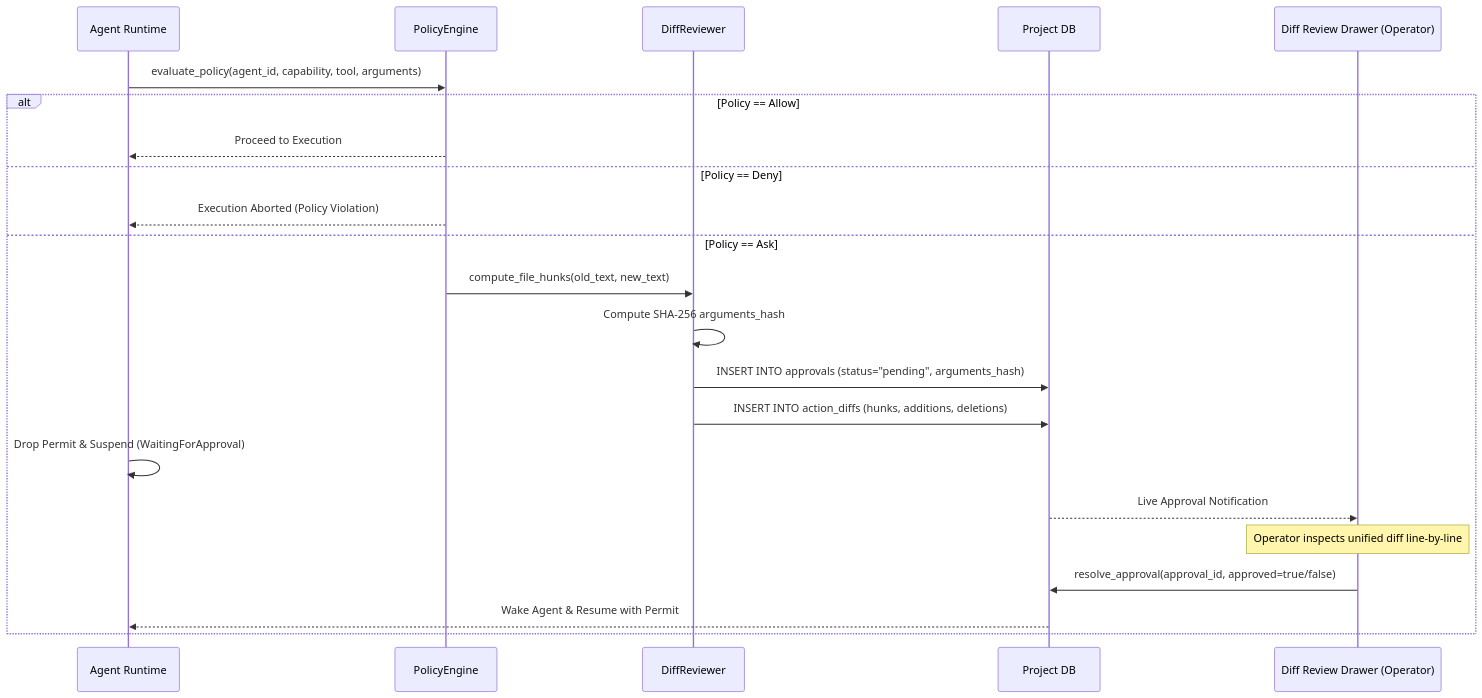
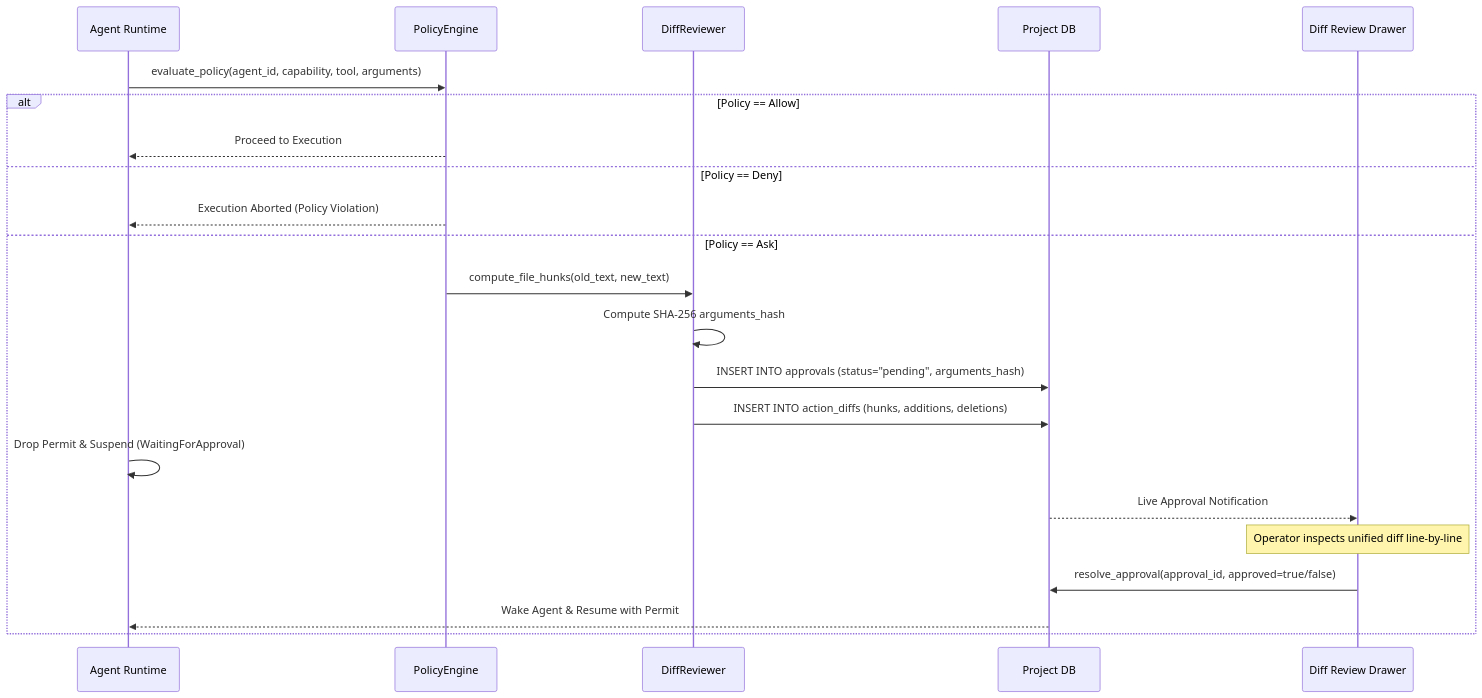
One commit to abhayzangir1/trans4mer changed the eighth of 10 diagrams in docs/ARCHITECTURE.md. Above: the diagram before and after it, drawn with Mermaid. The commit also changed other lines of this file, not shown here.

Commit message:
docs: sanitize Mermaid diagram syntax for GitHub native renderer

````diff
--- a/docs/ARCHITECTURE.md
+++ b/docs/ARCHITECTURE.md
@@ -339,25 +339,25 @@
 ```mermaid
 sequenceDiagram
     participant Agent as Agent Runtime
     participant Policy as PolicyEngine
     participant DiffReview as DiffReviewer
     participant DB as Project DB
-    participant UI as Diff Review Drawer (Operator)
+    participant UI as Diff Review Drawer
 
     Agent->>Policy: evaluate_policy(agent_id, capability, tool, arguments)
     alt Policy == Allow
         Policy-->>Agent: Proceed to Execution
     else Policy == Deny
         Policy-->>Agent: Execution Aborted (Policy Violation)
     else Policy == Ask
         Policy->>DiffReview: compute_file_hunks(old_text, new_text)
         DiffReview->>DiffReview: Compute SHA-256 arguments_hash
         DiffReview->>DB: INSERT INTO approvals (status="pending", arguments_hash)
         DiffReview->>DB: INSERT INTO action_diffs (hunks, additions, deletions)
         Agent->>Agent: Drop Permit & Suspend (WaitingForApproval)
         DB-->>UI: Live Approval Notification
         Note over UI: Operator inspects unified diff line-by-line
         UI->>DB: resolve_approval(approval_id, approved=true/false)
         DB-->>Agent: Wake Agent & Resume with Permit
     end
 ```
````
